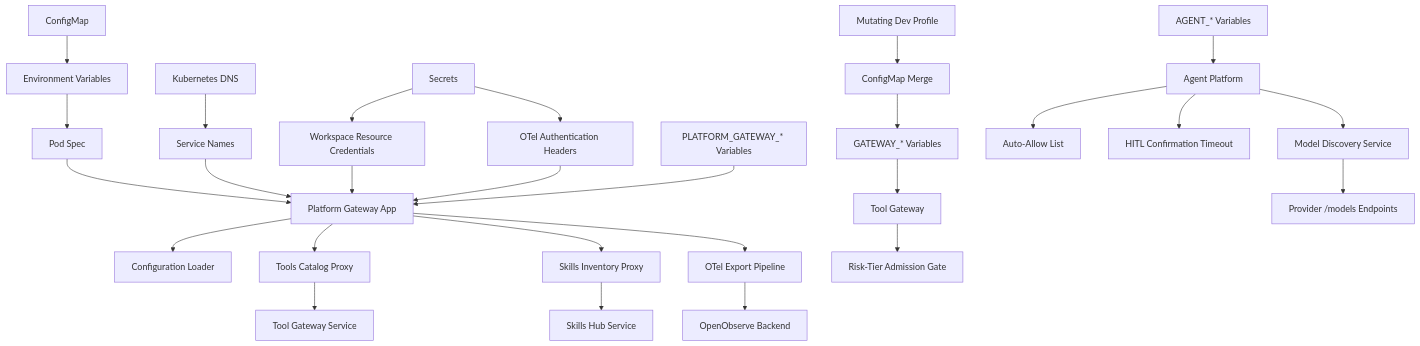
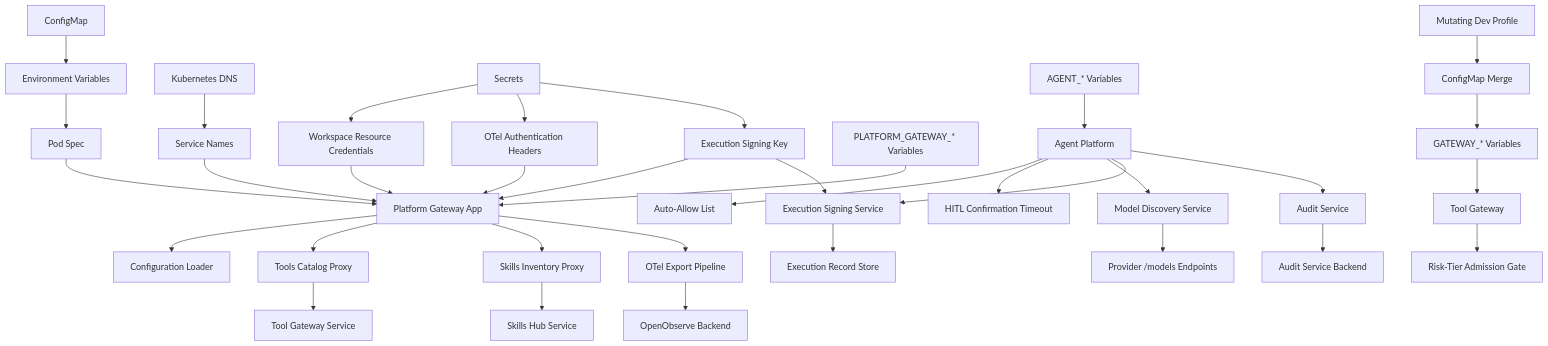
Diagram 16 of 17 in .qoder/repowiki/en/content/Tool Gateway Service/Configuration and Environment Setup.md (metasync/luban-aiops), drawn with Mermaid before and after one commit. The commit also changed other lines of this file and 27 other files, not shown here.

````diff
--- a/.qoder/repowiki/en/content/Tool Gateway Service/Configuration and Environment Setup.md
+++ b/.qoder/repowiki/en/content/Tool Gateway Service/Configuration and Environment Setup.md
@@ -726,29 +899,36 @@
 ```mermaid
 graph TB
 CM["ConfigMap"] --> ENV["Environment Variables"]
 ENV --> POD["Pod Spec"]
 POD --> APP["Platform Gateway App"]
 APP --> CFG["Configuration Loader"]
 DNS["Kubernetes DNS"] --> SVC["Service Names"]
 SVC --> APP
 Secrets["Secrets"] --> WorkspaceCreds["Workspace Resource Credentials"]
 Secrets --> OTelCreds["OTel Authentication Headers"]
+Secrets --> ExecSigning["Execution Signing Key"]
 WorkspaceCreds --> APP
 OTelCreds --> APP
+ExecSigning --> APP
 AppEnv["PLATFORM_GATEWAY_* Variables"] --> APP
 APP --> ToolsProxy["Tools Catalog Proxy"]
 APP --> SkillsProxy["Skills Inventory Proxy"]
 ToolsProxy --> ToolsSvc["Tool Gateway Service"]
 SkillsProxy --> SkillsSvc["Skills Hub Service"]
 APP --> OTelExport["OTel Export Pipeline"]
 OTelExport --> Backend["OpenObserve Backend"]
 ToolGWEnv["GATEWAY_* Variables"] --> ToolGW["Tool Gateway"]
 ToolGW --> RiskGate["Risk-Tier Admission Gate"]
 AgentEnv["AGENT_* Variables"] --> Agent["Agent Platform"]
 Agent --> AutoAllow["Auto-Allow List"]
 Agent --> HITLTimeout["HITL Confirmation Timeout"]
 Agent --> ModelDisc["Model Discovery Service"]
+Agent --> ExecSign["Execution Signing Service"]
+Agent --> Audit["Audit Service"]
 ModelDisc --> ProviderEndpoints["Provider /models Endpoints"]
+ExecSign --> ExecStore["Execution Record Store"]
+Audit --> AuditBackend["Audit Service Backend"]
 MutDev["Mutating Dev Profile"] --> ConfigMerge["ConfigMap Merge"]
 ConfigMerge --> ToolGWEnv
+ExecSigning --> ExecSign
 ```
````
